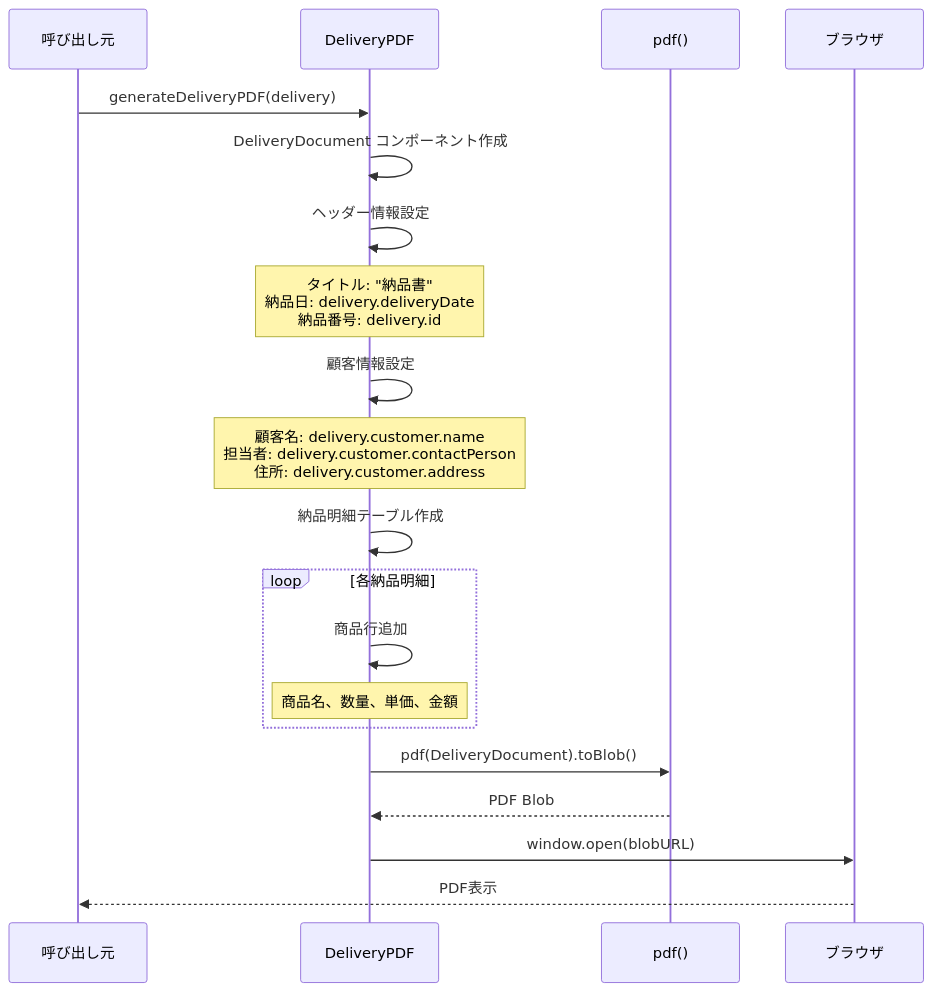
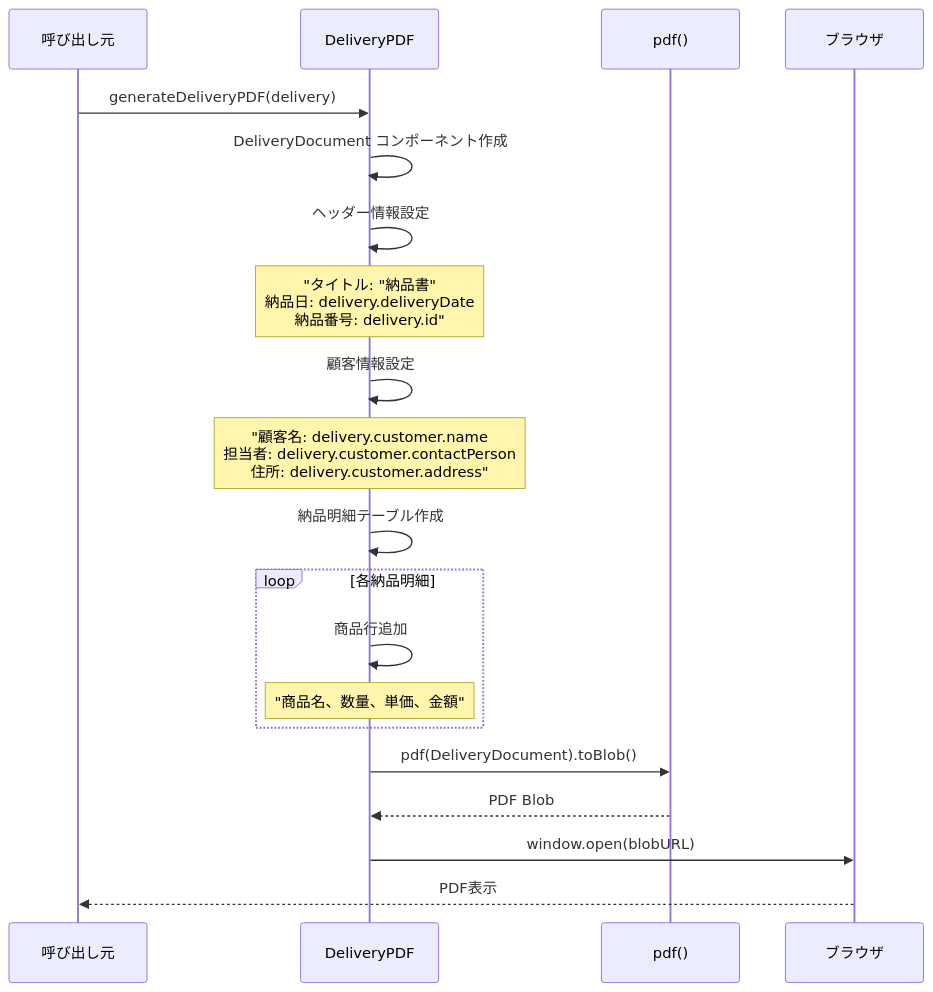
Before and after one commit to wasabi49/ocs-systemDevelopmentExercises: the fifth of 10 diagrams in document/components/sequence/PDF.md, drawn with Mermaid. The commit also changed other lines of this file and 42 other files, not shown here.

First line of the commit message:
fix: mermaidシーケンス図のNote over文でダブルクォーテーション不足を修正

````diff
--- a/document/components/sequence/PDF.md
+++ b/document/components/sequence/PDF.md
@@ -93,27 +93,27 @@
 ```mermaid
 sequenceDiagram
     participant Component as 呼び出し元
     participant DeliveryPDF as DeliveryPDF
     participant PDF as pdf()
     participant Browser as ブラウザ
 
     Component->>DeliveryPDF: generateDeliveryPDF(delivery)
     DeliveryPDF->>DeliveryPDF: DeliveryDocument コンポーネント作成
     
     DeliveryPDF->>DeliveryPDF: ヘッダー情報設定
-    Note over DeliveryPDF: タイトル: "納品書"<br/>納品日: delivery.deliveryDate<br/>納品番号: delivery.id
+    Note over DeliveryPDF: "タイトル: "納品書"<br/>納品日: delivery.deliveryDate<br/>納品番号: delivery.id"
     
     DeliveryPDF->>DeliveryPDF: 顧客情報設定
-    Note over DeliveryPDF: 顧客名: delivery.customer.name<br/>担当者: delivery.customer.contactPerson<br/>住所: delivery.customer.address
+    Note over DeliveryPDF: "顧客名: delivery.customer.name<br/>担当者: delivery.customer.contactPerson<br/>住所: delivery.customer.address"
     
     DeliveryPDF->>DeliveryPDF: 納品明細テーブル作成
     loop 各納品明細
         DeliveryPDF->>DeliveryPDF: 商品行追加
-        Note over DeliveryPDF: 商品名、数量、単価、金額
+        Note over DeliveryPDF: "商品名、数量、単価、金額"
     end
     
     DeliveryPDF->>PDF: pdf(DeliveryDocument).toBlob()
     PDF-->>DeliveryPDF: PDF Blob
     DeliveryPDF->>Browser: window.open(blobURL)
     Browser-->>Component: PDF表示
 ```
````
